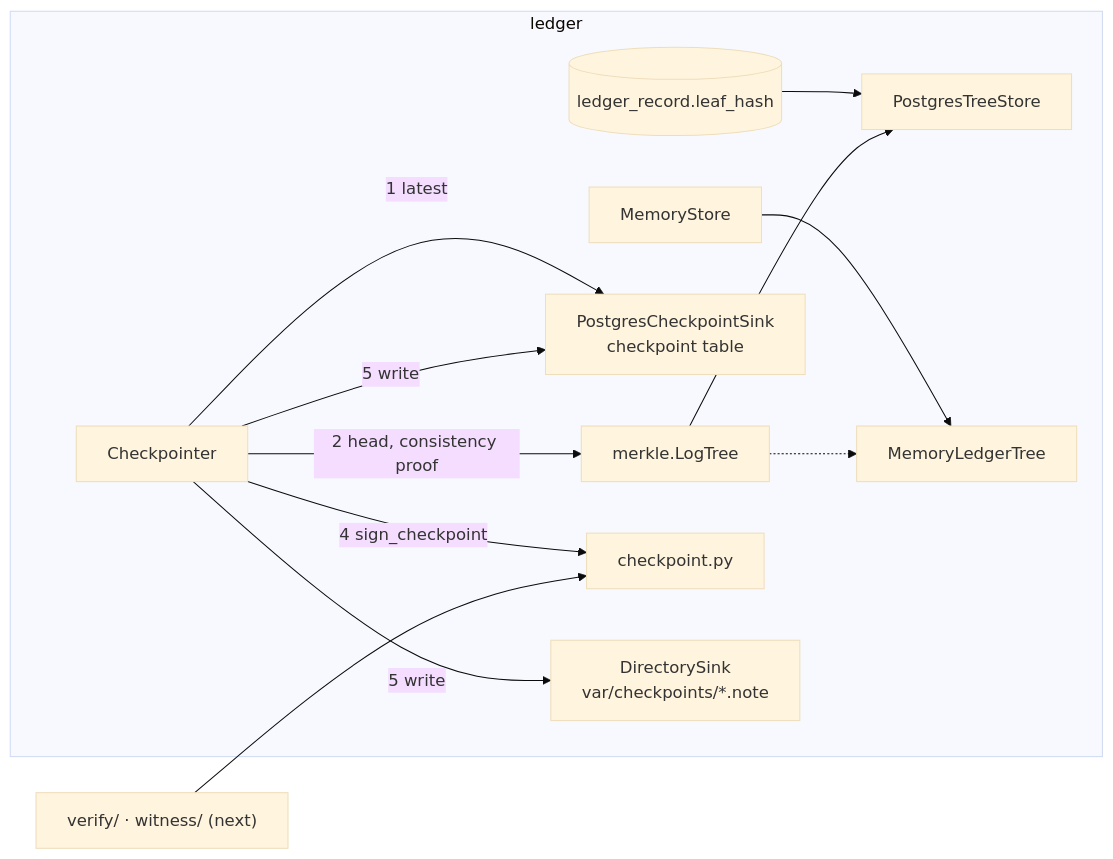
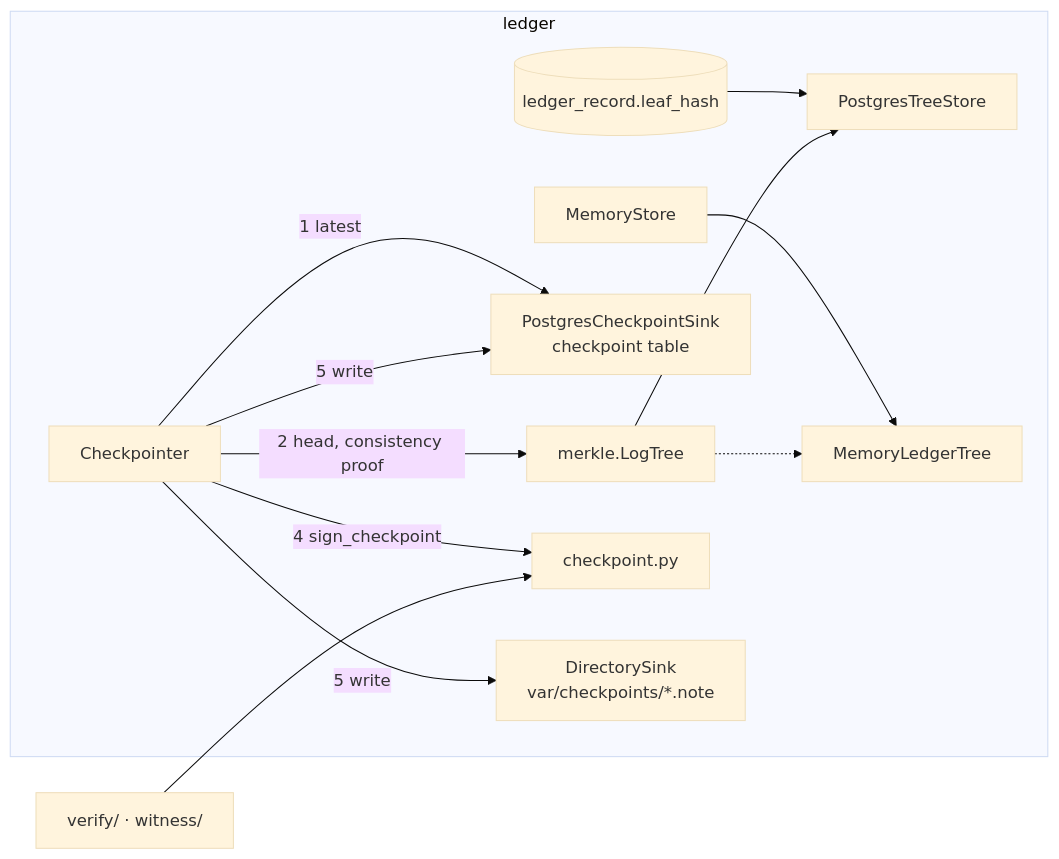
One commit to mhafeezajh/precept-ledger-meta changed the diagram in docs/modules/checkpoints.md. Above: the diagram before and after it, drawn with Mermaid (base theme). The commit also changed other lines of this file and 9 other files, not shown here.

Commit message:
docs: add witness module doc, decisions D38-D43, architecture change log, README status

````diff
--- a/docs/modules/checkpoints.md
+++ b/docs/modules/checkpoints.md
@@ -32,15 +32,15 @@
 ```mermaid
 flowchart LR
     subgraph ledger
         LR[(ledger_record.leaf_hash)] --> PT[PostgresTreeStore]
         MS[MemoryStore] --> MT[MemoryLedgerTree]
         C[Checkpointer] -->|1 latest| S1
         C -->|2 head, consistency proof| LT[merkle.LogTree]
         LT --> PT
         LT -.-> MT
         C -->|4 sign_checkpoint| CP[checkpoint.py]
         C -->|5 write| S1[PostgresCheckpointSink<br/>checkpoint table]
         C -->|5 write| S2[DirectorySink<br/>var/checkpoints/*.note]
     end
-    V["verify/ · witness/ (next)"] --> CP
+    V["verify/ · witness/"] --> CP
 ```
````
